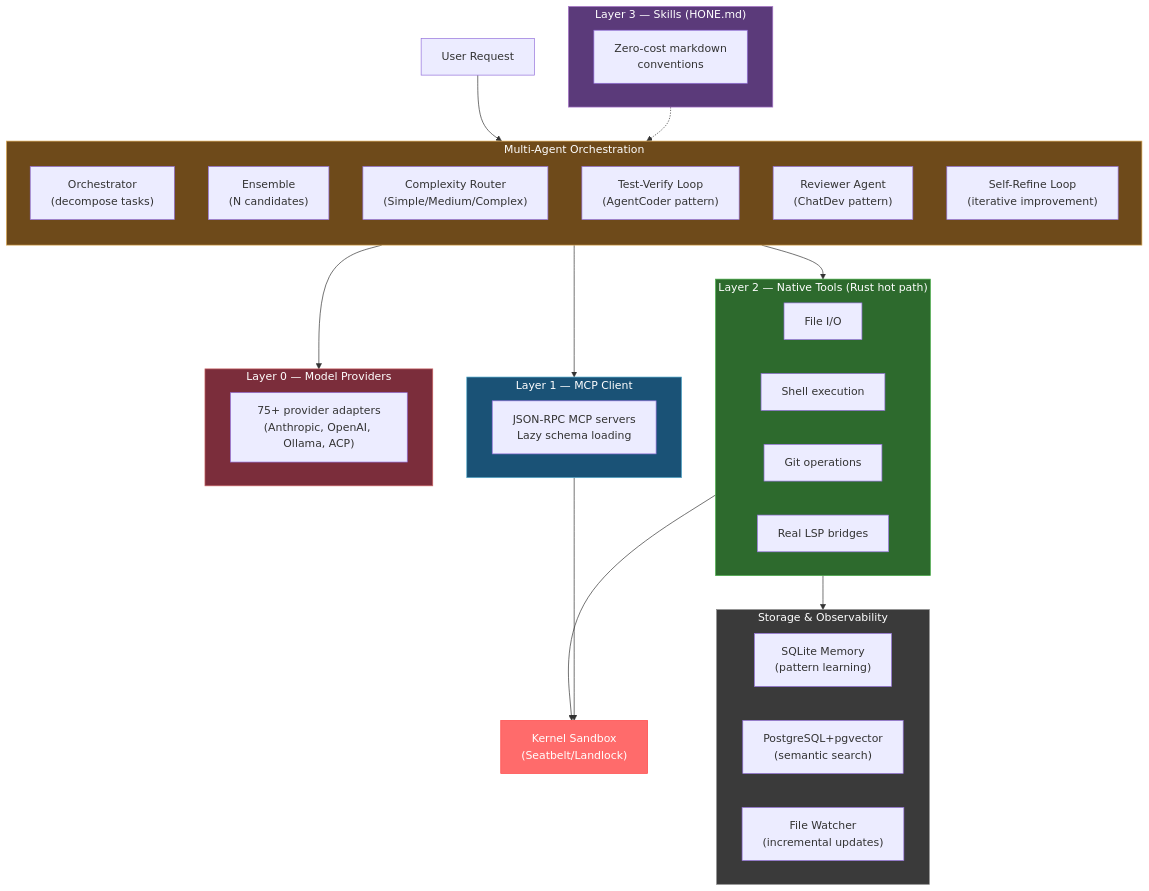
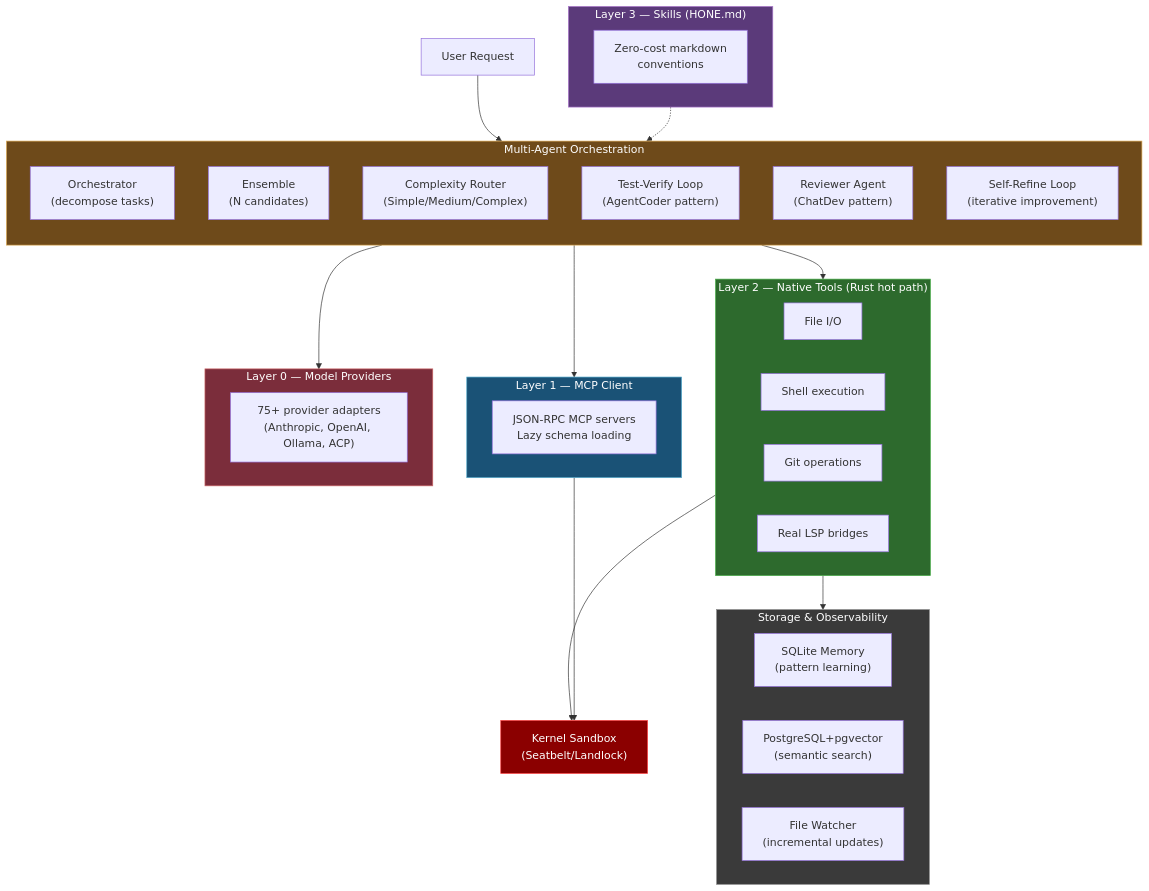
The diagram in docs/index.md (wojciechkpl/hone), drawn with Mermaid before and after one commit. The commit also changed 1 other file, not shown here.

Commit message:
Fix Mermaid diagrams: dark fills with white text for readability on all themes

````diff
--- a/docs/index.md
+++ b/docs/index.md
@@ -190,63 +190,62 @@
 ```mermaid
 graph TB
     User["User Request"]
     
     subgraph MultiAgent["Multi-Agent Orchestration"]
         direction TB
         Orch["Orchestrator<br/>(decompose tasks)"]
         Ensemble["Ensemble<br/>(N candidates)"]
         Router["Complexity Router<br/>(Simple/Medium/Complex)"]
         TestLoop["Test-Verify Loop<br/>(AgentCoder pattern)"]
         Reviewer["Reviewer Agent<br/>(ChatDev pattern)"]
         SelfRefine["Self-Refine Loop<br/>(iterative improvement)"]
     end
 
     subgraph L3["Layer 3 — Skills (HONE.md)"]
         direction LR
         HM["Zero-cost markdown<br/>conventions"]
     end
 
     subgraph L2["Layer 2 — Native Tools (Rust hot path)"]
         direction LR
         FIO["File I/O"]
         Shell["Shell execution"]
         Git["Git operations"]
         LSP["Real LSP bridges"]
     end
 
     subgraph L1["Layer 1 — MCP Client"]
         direction LR
         MCP["JSON-RPC MCP servers<br/>Lazy schema loading"]
     end
 
     subgraph L0["Layer 0 — Model Providers"]
         direction LR
         Providers["75+ provider adapters<br/>(Anthropic, OpenAI, Ollama, ACP)"]
     end
 
     subgraph Storage["Storage & Observability"]
         Memory["SQLite Memory<br/>(pattern learning)"]
         Index["PostgreSQL+pgvector<br/>(semantic search)"]
         Watcher["File Watcher<br/>(incremental updates)"]
     end
 
     Sandbox["Kernel Sandbox<br/>(Seatbelt/Landlock)"]
 
     User --> MultiAgent
     MultiAgent --> L2
     MultiAgent --> L1
     MultiAgent --> L0
     L2 --> Sandbox
     L2 --> Storage
     L1 --> Sandbox
     L3 -.-> MultiAgent
     
     style L2 fill:#2d6a2d,stroke:#4a4,color:#fff
     style L1 fill:#1a5276,stroke:#5ac,color:#fff
     style L0 fill:#7b2d3b,stroke:#c66,color:#fff
     style L3 fill:#5b3a7a,stroke:#a7c,color:#fff
     style MultiAgent fill:#6e4a1a,stroke:#da5,color:#fff
     style Storage fill:#3a3a3a,stroke:#888,color:#fff
     style Sandbox fill:#8b0000,stroke:#f44,color:#fff
-    style Sandbox fill:#FF6B6B
 ```
````
